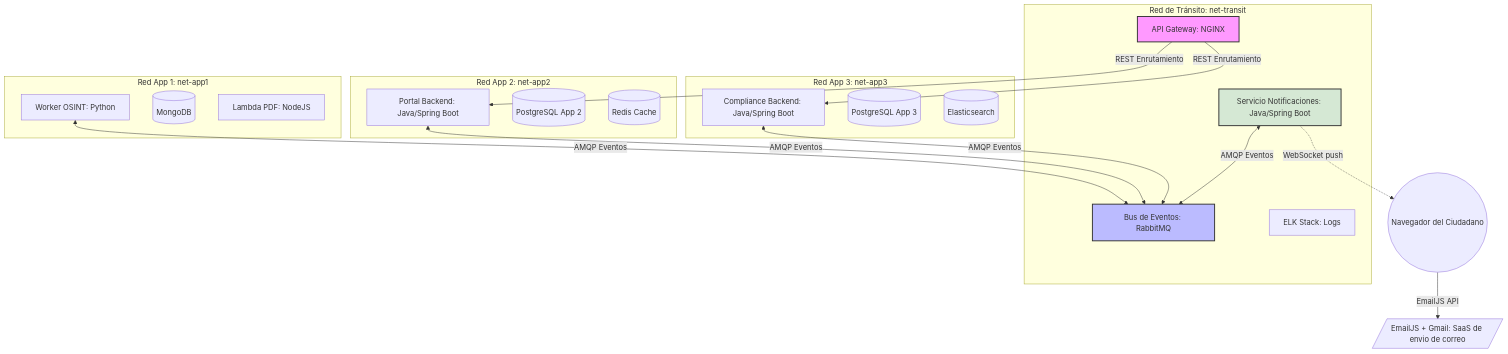
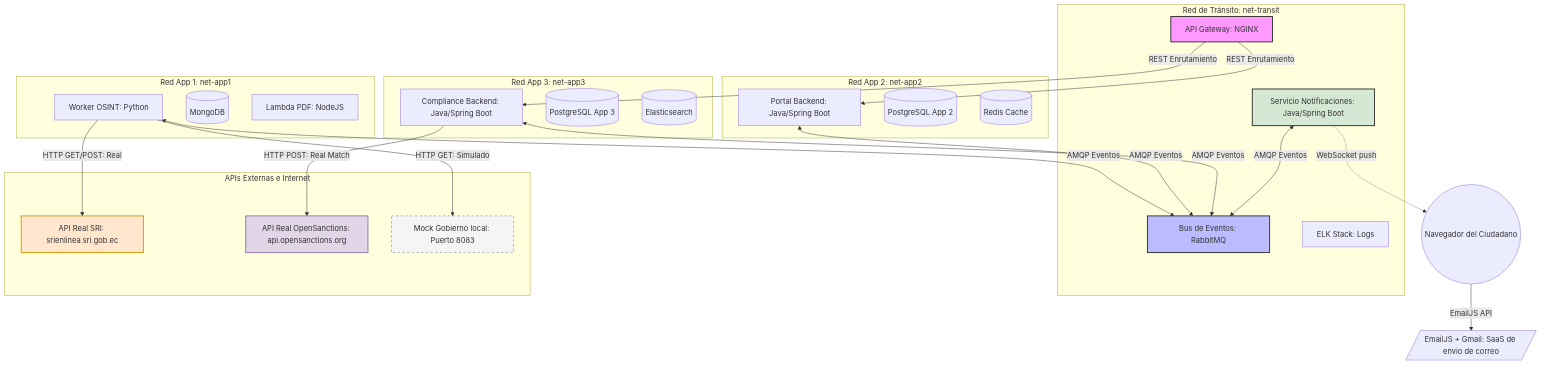
One commit to SaraChiriboga/integrador-arq changed the second of 3 diagrams in implementation_plan.md. Above: the diagram before and after it, drawn with Mermaid. The commit also changed other lines of this file and 14 other files, not shown here.

````diff
--- a/implementation_plan.md
+++ b/implementation_plan.md
@@ -349,43 +358,57 @@
 ```mermaid
 graph TD
     subgraph net-transit [Red de Tránsito: net-transit]
         GW[API Gateway: NGINX]
         MQ[Bus de Eventos: RabbitMQ]
         NS[Servicio Notificaciones: Java/Spring Boot]
         ELK[ELK Stack: Logs]
     end
 
     Mail[/EmailJS + Gmail: SaaS de envio de correo/]
     Ciudadano((Navegador del Ciudadano))
 
     subgraph net-app1 [Red App 1: net-app1]
         App1[Worker OSINT: Python]
         Mongo[(MongoDB)]
         Lambda[Lambda PDF: NodeJS]
     end
 
     subgraph net-app2 [Red App 2: net-app2]
         App2[Portal Backend: Java/Spring Boot]
         Postgres2[(PostgreSQL App 2)]
         Redis[(Redis Cache)]
     end
 
     subgraph net-app3 [Red App 3: net-app3]
         App3[Compliance Backend: Java/Spring Boot]
         Postgres3[(PostgreSQL App 3)]
         ES[(Elasticsearch)]
     end
 
+    subgraph ExtAPIs [APIs Externas e Internet]
+        SRI[API Real SRI: srienlinea.sri.gob.ec]
+        OS[API Real OpenSanctions: api.opensanctions.org]
+        GovMock[Mock Gobierno local: Puerto 8083]
+    end
+
     GW -->|REST Enrutamiento| App2
     GW -->|REST Enrutamiento| App3
     App1 <-->|AMQP Eventos| MQ
     App2 <-->|AMQP Eventos| MQ
     App3 <-->|AMQP Eventos| MQ
     NS <-->|AMQP Eventos| MQ
     NS -.->|WebSocket push| Ciudadano
     Ciudadano -->|EmailJS API| Mail
 
+    %% Conexiones con APIs externas (Reales y Simuladas)
+    App1 -->|HTTP GET/POST: Real| SRI
+    App1 -->|HTTP GET: Simulado| GovMock
+    App3 -->|HTTP POST: Real Match| OS
+
     style GW fill:#f9f,stroke:#333,stroke-width:2px
     style MQ fill:#bbf,stroke:#333,stroke-width:2px
     style NS fill:#d5e8d4,stroke:#333,stroke-width:2px
+    style SRI fill:#ffe6cc,stroke:#d79b00,stroke-width:2px
+    style OS fill:#e1d5e7,stroke:#9673a6,stroke-width:2px
+    style GovMock fill:#f5f5f5,stroke:#666,stroke-width:1px,stroke-dasharray: 5 5
 ```
````
